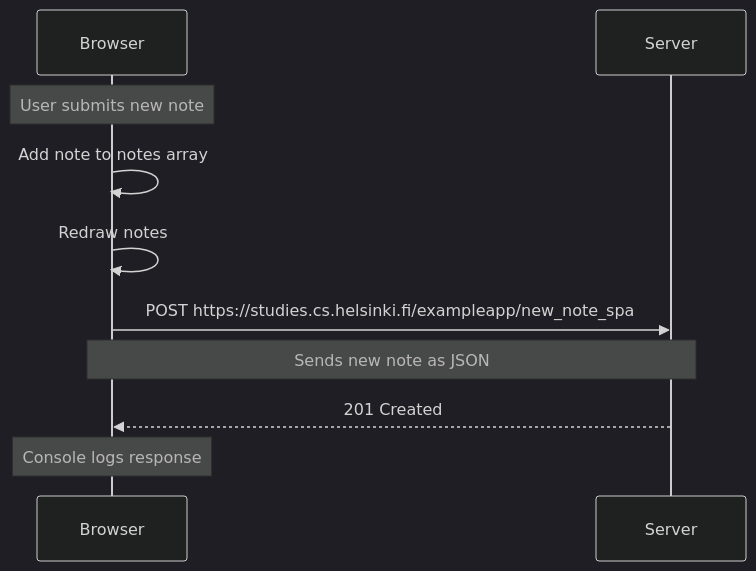
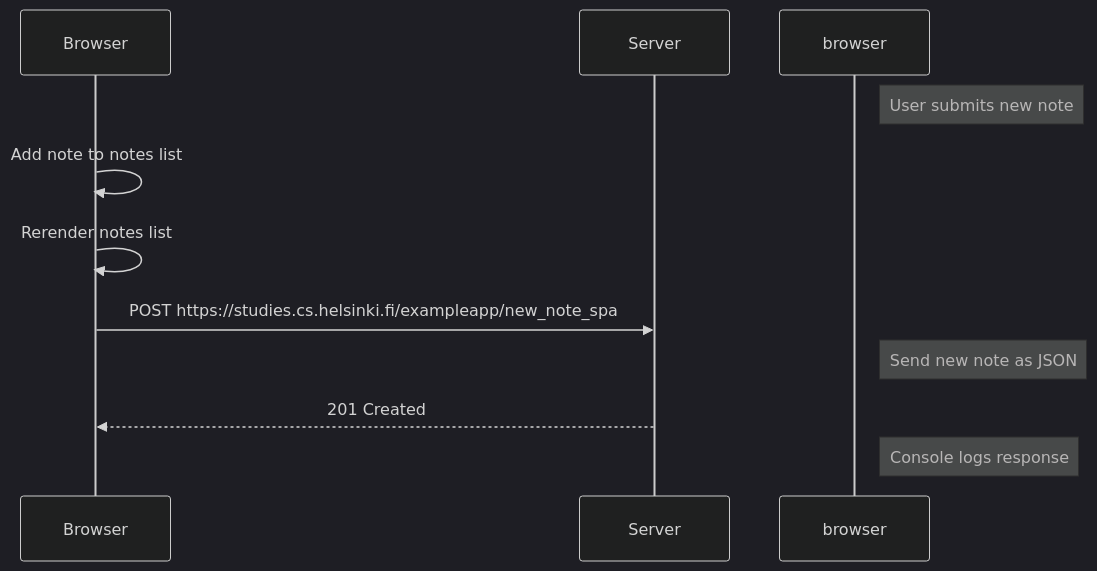
One commit to karnaker/fullstackopen-exercises changed the diagram in part0/0.6-new-note-spa-diagram.md. Above: the diagram before and after it, drawn with Mermaid (dark theme). The commit also changed 1 other file, not shown here.

Commit message:
Solve 0.5-0.6: Update diagrams

````diff
--- a/part0/0.6-new-note-spa-diagram.md
+++ b/part0/0.6-new-note-spa-diagram.md
@@ -1,13 +1,13 @@
 ```mermaid
 sequenceDiagram
     participant Browser
     participant Server
 
-    Note over Browser: User submits new note
-    Browser->>Browser: Add note to notes array
-    Browser->>Browser: Redraw notes
+    Note right of browser: User submits new note
+    Browser->>Browser: Add note to notes list
+    Browser->>Browser: Rerender notes list
     Browser->>Server: POST https://studies.cs.helsinki.fi/exampleapp/new_note_spa
-    Note over Browser,Server: Sends new note as JSON
+    Note right of browser: Send new note as JSON
     Server-->>Browser: 201 Created
-    Note over Browser: Console logs response
+    Note right of browser: Console logs response
 ```
````
